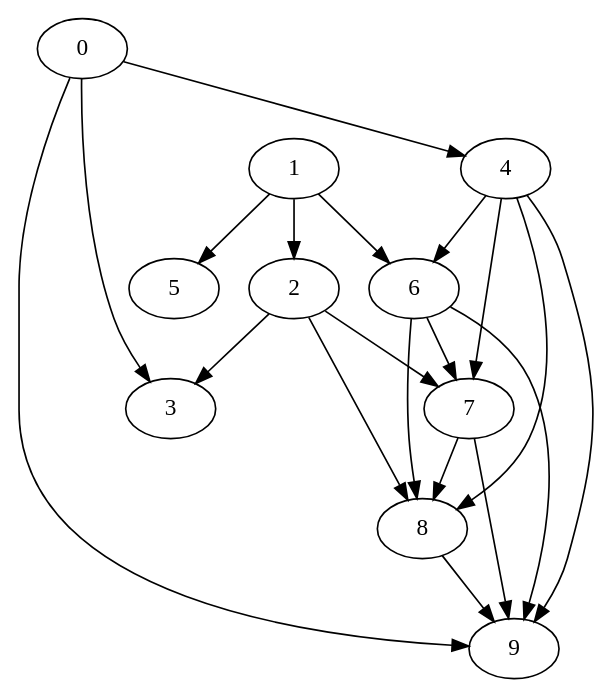
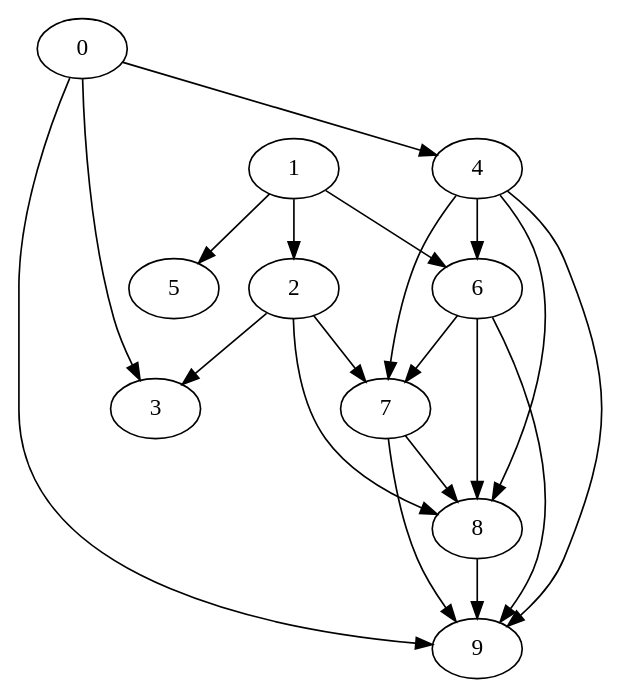
The diagram in dot/Nodes_10_Random-output.dot (PJhaveri02/Task-Scheduler), drawn with Graphviz before and after one commit. The commit also changed 3 other files, not shown here.

```diff
--- a/dot/Nodes_10_Random-output.dot
+++ b/dot/Nodes_10_Random-output.dot
@@ -1,31 +1,31 @@
 digraph "outputGraph" {
+		0	[Weight=6, Start=0, Processor=1]
+		1	[Weight=5, Start=6, Processor=1]
+		4	[Weight=3, Start=11, Processor=1]
+		0 -> 4   [Weight = 24];
+		6	[Weight=8, Start=14, Processor=1]
+		4 -> 6   [Weight = 10];
+		1 -> 6   [Weight = 39];
+		2	[Weight=5, Start=22, Processor=1]
+		1 -> 2   [Weight = 48];
+		7	[Weight=3, Start=27, Processor=1]
+		6 -> 7   [Weight = 15];
+		2 -> 7   [Weight = 48];
+		4 -> 7   [Weight = 48];
+		8	[Weight=8, Start=30, Processor=1]
+		6 -> 8   [Weight = 39];
+		2 -> 8   [Weight = 48];
+		7 -> 8   [Weight = 15];
+		4 -> 8   [Weight = 48];
+		9	[Weight=8, Start=38, Processor=1]
+		6 -> 9   [Weight = 29];
+		0 -> 9   [Weight = 44];
+		7 -> 9   [Weight = 34];
+		8 -> 9   [Weight = 39];
+		4 -> 9   [Weight = 39];
+		3	[Weight=10, Start=40, Processor=2]
+		0 -> 3   [Weight = 34];
+		2 -> 3   [Weight = 10];
 		5	[Weight=7, Start=30, Processor=3]
 		1 -> 5   [Weight = 19];
-		0	[Weight=6, Start=0, Processor=4]
-		1	[Weight=5, Start=6, Processor=4]
-		4	[Weight=3, Start=11, Processor=4]
-		0 -> 4   [Weight = 24];
-		6	[Weight=8, Start=14, Processor=4]
-		1 -> 6   [Weight = 39];
-		4 -> 6   [Weight = 10];
-		2	[Weight=5, Start=22, Processor=4]
-		1 -> 2   [Weight = 48];
-		7	[Weight=3, Start=27, Processor=4]
-		2 -> 7   [Weight = 48];
-		6 -> 7   [Weight = 15];
-		4 -> 7   [Weight = 48];
-		8	[Weight=8, Start=30, Processor=4]
-		2 -> 8   [Weight = 48];
-		6 -> 8   [Weight = 39];
-		4 -> 8   [Weight = 48];
-		7 -> 8   [Weight = 15];
-		3	[Weight=10, Start=38, Processor=4]
-		2 -> 3   [Weight = 10];
-		0 -> 3   [Weight = 34];
-		9	[Weight=8, Start=48, Processor=4]
-		6 -> 9   [Weight = 29];
-		0 -> 9   [Weight = 44];
-		4 -> 9   [Weight = 39];
-		8 -> 9   [Weight = 39];
-		7 -> 9   [Weight = 34];
 }
```
